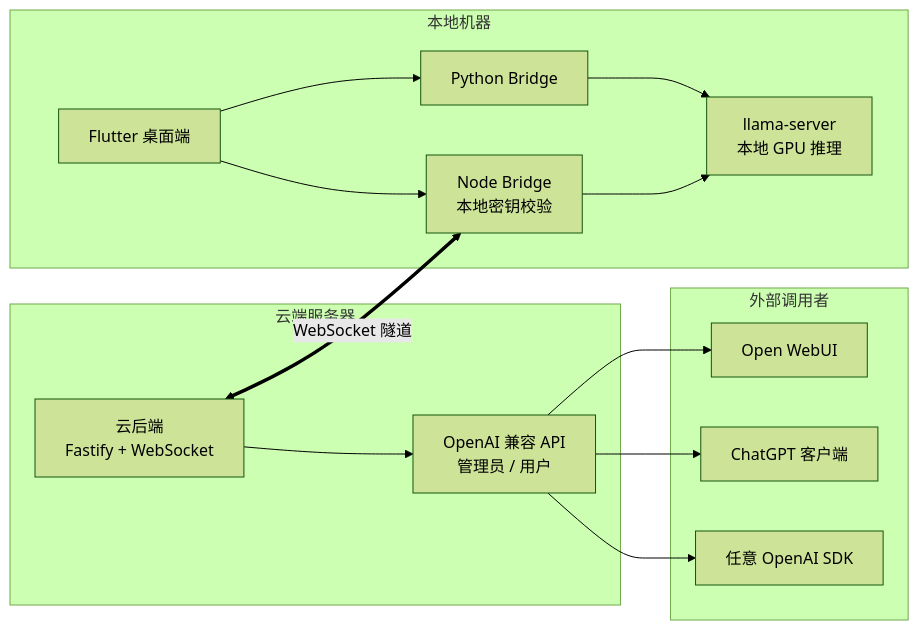
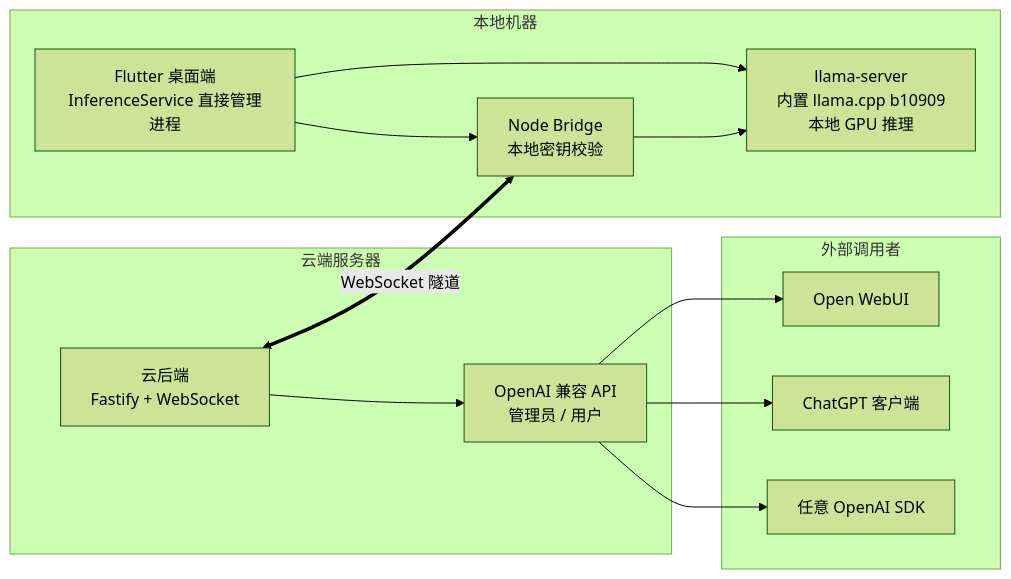
One commit to tianxingstarsky/OpenMyModel changed the diagram in README.md. Above: the diagram before and after it, drawn with Mermaid (forest theme). The commit also changed other lines of this file and 18 other files, not shown here.

````diff
--- a/README.md
+++ b/README.md
@@ -25,21 +25,20 @@
 ```mermaid
 flowchart LR
     subgraph 本地机器
-        A[Flutter 桌面端] --> B[Python Bridge]
-        B --> C[llama-server<br/>本地 GPU 推理]
+        A[Flutter 桌面端<br/>InferenceService 直接管理进程] --> C[llama-server<br/>内置 llama.cpp b10909<br/>本地 GPU 推理]
         A --> N[Node Bridge<br/>本地密钥校验]
         N --> C
     end
 
     subgraph 云端服务器
         D[云后端<br/>Fastify + WebSocket] --> E[OpenAI 兼容 API<br/>管理员 / 用户]
     end
 
     subgraph 外部调用者
         E --> F[Open WebUI]
         E --> G[ChatGPT 客户端]
         E --> H[任意 OpenAI SDK]
     end
 
     D <== WebSocket 隧道 ==> N
 ```
````
